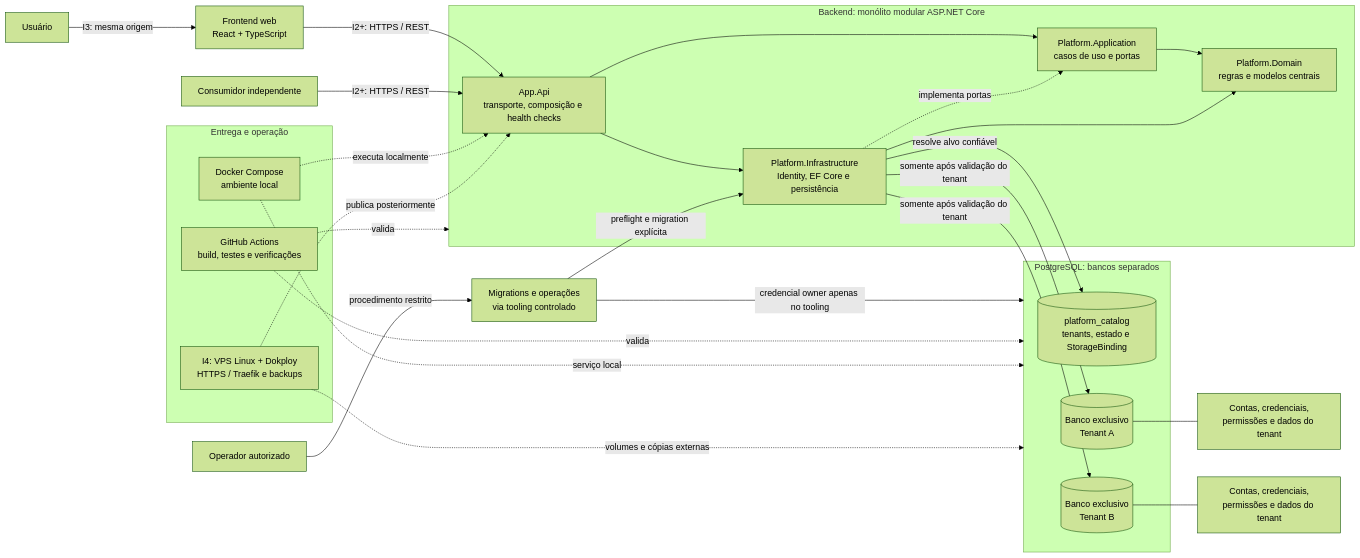
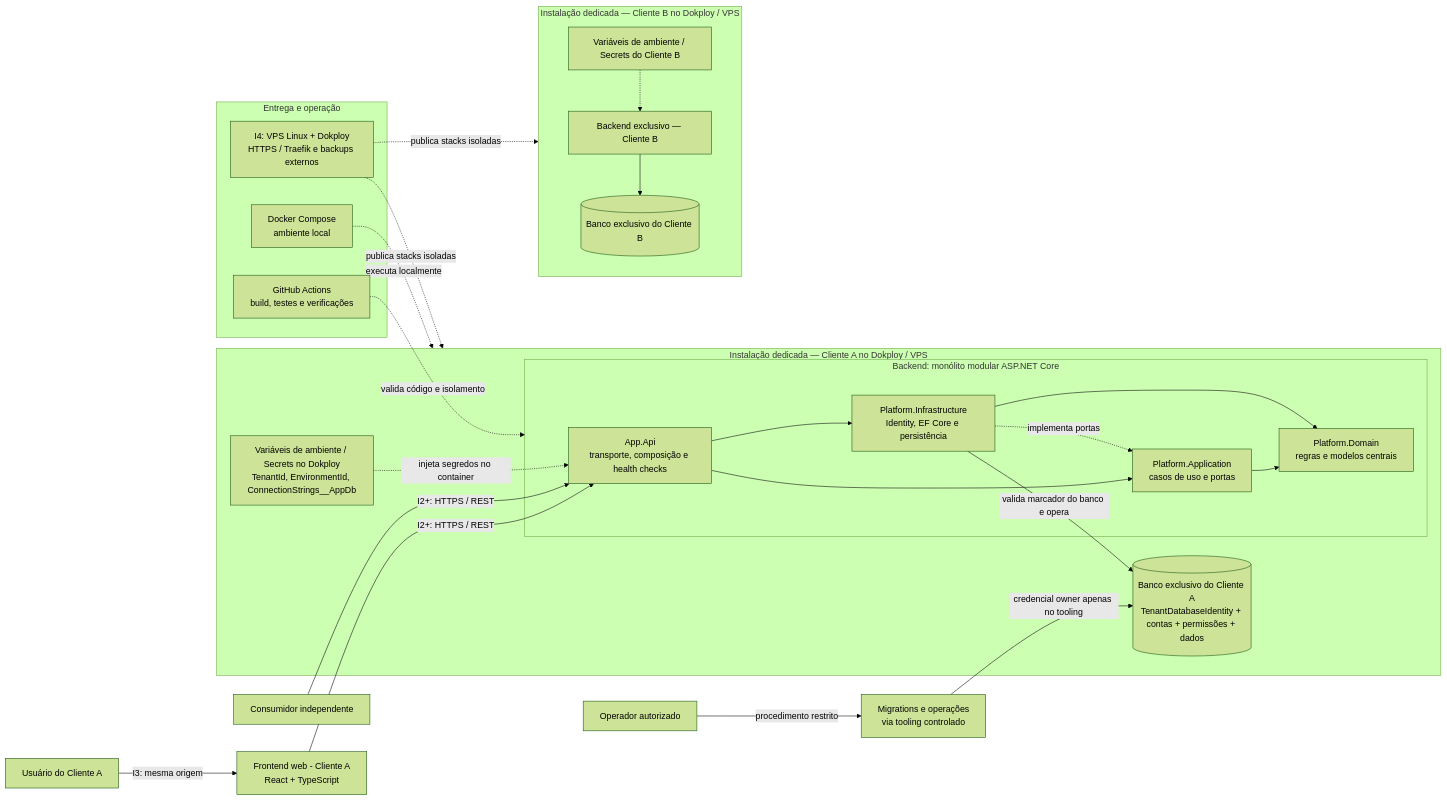
Before and after one commit to EduardoMichetti/boilerplate-react-dotnet-sdd: the first of 2 diagrams in specs/001-fullstack-foundation/architecture.md, drawn with Mermaid (forest theme). The commit also changed other lines of this file and 9 other files, not shown here.

````diff
--- a/specs/001-fullstack-foundation/architecture.md
+++ b/specs/001-fullstack-foundation/architecture.md
@@ -9,48 +10,46 @@
 ```mermaid
 flowchart LR
-    User[Usuário] -->|I3: mesma origem| Web[Frontend web<br/>React + TypeScript]
-    Web -->|I2+: HTTPS / REST| Api
-    Consumer[Consumidor independente] -->|I2+: HTTPS / REST| Api
-    Operator[Operador autorizado] -->|procedimento restrito| Ops[Migrations e operações<br/>via tooling controlado]
+    UserA[Usuário do Cliente A] -->|I3: mesma origem| WebA[Frontend web - Cliente A<br/>React + TypeScript]
+    WebA -->|I2+: HTTPS / REST| ApiA
+    ConsumerA[Consumidor independente] -->|I2+: HTTPS / REST| ApiA
+    Operator[Operador autorizado] -->|procedimento restrito| OpsA[Migrations e operações<br/>via tooling controlado]
 
-    subgraph Backend[Backend: monólito modular ASP.NET Core]
-        Api[App.Api<br/>transporte, composição e health checks]
-        App[Platform.Application<br/>casos de uso e portas]
-        Domain[Platform.Domain<br/>regras e modelos centrais]
-        Infra[Platform.Infrastructure<br/>Identity, EF Core e persistência]
+    subgraph StackA[Instalação dedicada — Cliente A no Dokploy / VPS]
+        EnvA[Variáveis de ambiente / Secrets no Dokploy<br/>TenantId, EnvironmentId, ConnectionStrings__AppDb]
+        subgraph BackendA[Backend: monólito modular ASP.NET Core]
+            ApiA[App.Api<br/>transporte, composição e health checks]
+            AppA[Platform.Application<br/>casos de uso e portas]
+            DomainA[Platform.Domain<br/>regras e modelos centrais]
+            InfraA[Platform.Infrastructure<br/>Identity, EF Core e persistência]
 
-        Api --> App
-        App --> Domain
-        Infra -. implementa portas .-> App
-        Infra --> Domain
+            ApiA --> AppA
+            AppA --> DomainA
+            InfraA -. implementa portas .-> AppA
+            InfraA --> DomainA
+        end
+        DbA[(Banco exclusivo do Cliente A<br/>TenantDatabaseIdentity + contas + permissões + dados)]
     end
 
-    Api --> Infra
-    Ops -->|preflight e migration explícita| Infra
+    EnvA -. injeta segredos no container .-> ApiA
+    ApiA --> InfraA
+    InfraA -->|valida marcador do banco e opera| DbA
+    OpsA -->|credencial owner apenas no tooling| DbA
 
-    subgraph Data[PostgreSQL: bancos separados]
-        Catalog[(platform_catalog<br/>tenants, estado e StorageBinding)]
-        TenantA[(Banco exclusivo<br/>Tenant A)]
-        TenantB[(Banco exclusivo<br/>Tenant B)]
+    subgraph StackB[Instalação dedicada — Cliente B no Dokploy / VPS]
+        EnvB[Variáveis de ambiente / Secrets do Cliente B]
+        ApiB[Backend exclusivo — Cliente B]
+        DbB[(Banco exclusivo do Cliente B)]
+        EnvB -.-> ApiB --> DbB
     end
-
-    Infra -->|resolve alvo confiável| Catalog
-    Infra -->|somente após validação do tenant| TenantA
-    Infra -->|somente após validação do tenant| TenantB
-    TenantA --- AData[Contas, credenciais,<br/>permissões e dados do tenant]
-    TenantB --- BData[Contas, credenciais,<br/>permissões e dados do tenant]
-    Ops -->|credencial owner apenas no tooling| Data
 
     subgraph Delivery[Entrega e operação]
         CI[GitHub Actions<br/>build, testes e verificações]
         Compose[Docker Compose<br/>ambiente local]
-        Deploy[I4: VPS Linux + Dokploy<br/>HTTPS / Traefik e backups]
+        Deploy[I4: VPS Linux + Dokploy<br/>HTTPS / Traefik e backups externos]
     end
 
-    CI -. valida .-> Backend
-    CI -. valida .-> Data
-    Compose -. executa localmente .-> Api
-    Compose -. serviço local .-> Data
-    Deploy -. publica posteriormente .-> Api
-    Deploy -. volumes e cópias externas .-> Data
+    CI -. valida código e isolamento .-> BackendA
+    Compose -. executa localmente .-> StackA
+    Deploy -. publica stacks isoladas .-> StackA
+    Deploy -. publica stacks isoladas .-> StackB
 ```
````
